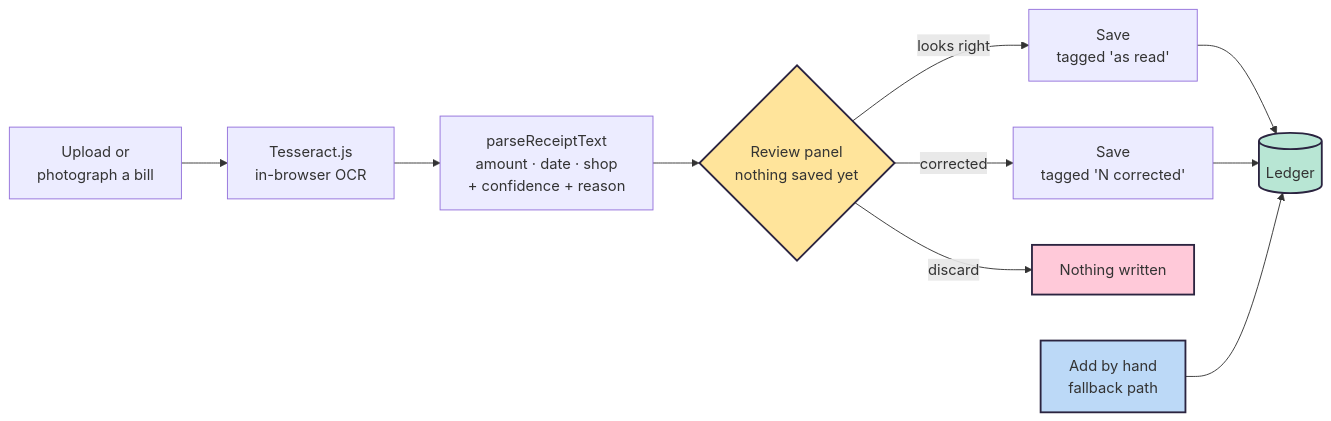
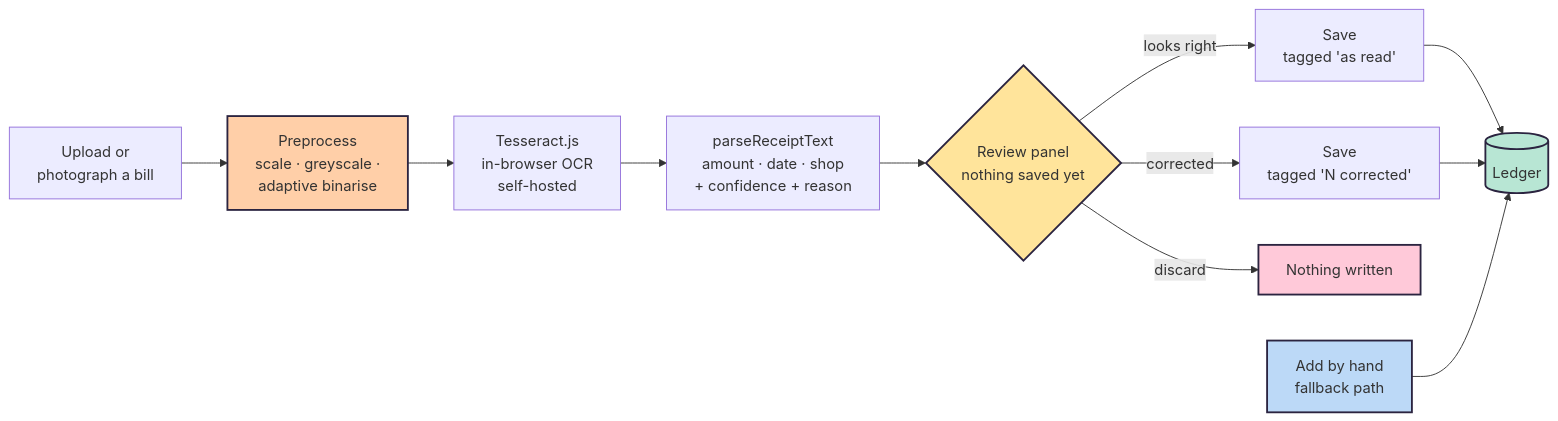
One commit to AuvroIslam/lsh26-t033-p12 changed the second of 6 diagrams in README.md. Above: the diagram before and after it, drawn with Mermaid. The commit also changed other lines of this file, not shown here.

Commit message:
Reflect preprocessing and self-hosting in the README diagrams

````diff
--- a/README.md
+++ b/README.md
@@ -116,17 +118,19 @@
 ```mermaid
 flowchart LR
-    A["Upload or<br/>photograph a bill"] --> B["Tesseract.js<br/>in-browser OCR"]
+    A["Upload or<br/>photograph a bill"] --> P["Preprocess<br/>scale · greyscale ·<br/>adaptive binarise"]
+    P --> B["Tesseract.js<br/>in-browser OCR<br/>self-hosted"]
     B --> C["parseReceiptText<br/>amount · date · shop<br/>+ confidence + reason"]
     C --> D{"Review panel<br/>nothing saved yet"}
     D -->|"looks right"| E["Save<br/>tagged 'as read'"]
     D -->|"corrected"| F["Save<br/>tagged 'N corrected'"]
     D -->|"discard"| G["Nothing written"]
     E --> H[("Ledger")]
     F --> H
     M["Add by hand<br/>fallback path"] --> H
 
     style D fill:#ffe49b,stroke:#2b2440,stroke-width:2px
     style H fill:#b8e6d4,stroke:#2b2440,stroke-width:2px
     style G fill:#ffc9d9,stroke:#2b2440,stroke-width:2px
     style M fill:#bcd9f7,stroke:#2b2440,stroke-width:2px
+    style P fill:#ffcfa8,stroke:#2b2440,stroke-width:2px
 ```
````
